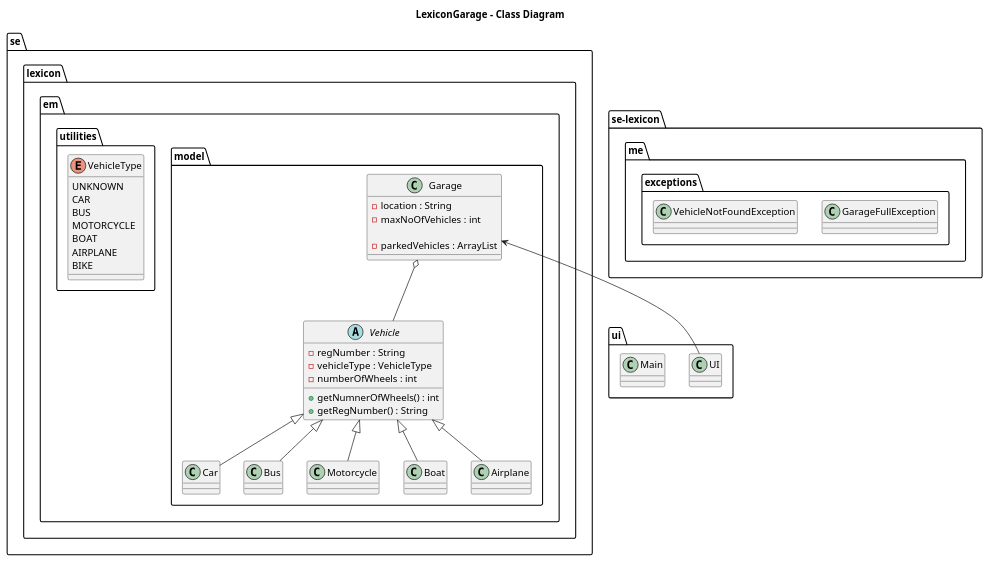
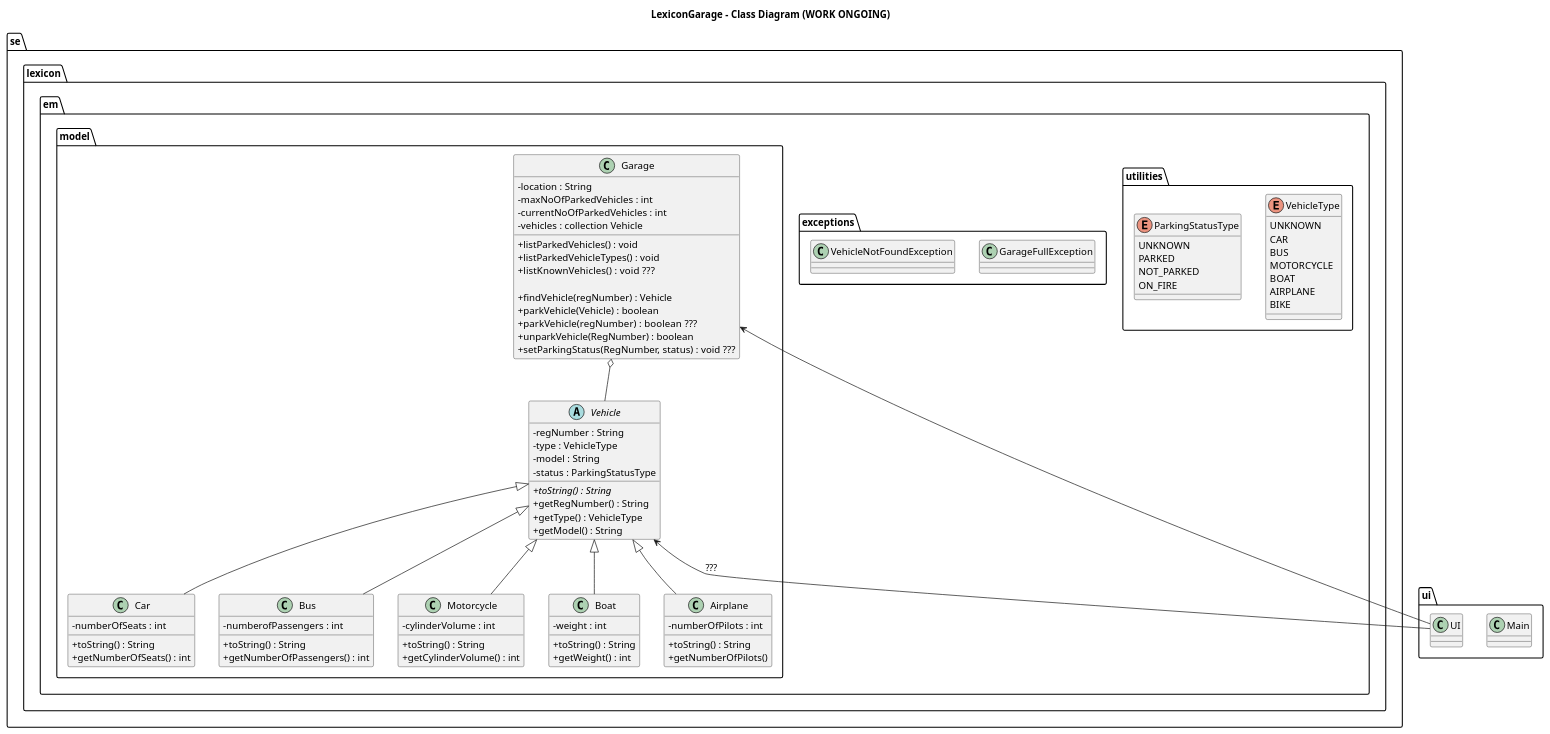
Before and after one commit to wikitrom/lexicon-garage: the diagram in classDiagram.plantuml, drawn with PlantUML.

Commit message:
Update class diagram
This is a work in progess.
Some things are unclear at present time.

```diff
--- a/classDiagram.plantuml
+++ b/classDiagram.plantuml
@@ -1,72 +1,137 @@
 @startuml
 
-title LexiconGarage - Class Diagram
+' settings
+' --------------------------------------------
+skinparam classAttributeIconSize 0
 
-Package ui {
+title LexiconGarage - Class Diagram (WORK ONGOING)
 
-class UI 
-class Main
-}
-' --- end ui
+' define packages/namespaces and/or classes
+' --------------------------------------------
 
-Package se.lexicon.em.model {
-abstract class Vehicle {
-  -regNumber : String
-  -vehicleType : VehicleType
-  -numberOfWheels : int
-
-  +getNumnerOfWheels() : int
-  +getRegNumber() : String
-  
-
-}
-class Car
-class Bus
-class Motorcycle
-class Boat
-class Airplane
-
-
-
-Vehicle <|-- Car
-Vehicle <|-- Bus
-Vehicle <|-- Motorcycle
-Vehicle <|-- Boat
-Vehicle <|-- Airplane
-
-class Garage {
-  -location : String
-  -maxNoOfVehicles : int
-  
-  -parkedVehicles : ArrayList
-  
-  
-}
-
-Garage o-- Vehicle
-
-Garage <-down- UI
-
-} 
-' --- end model
-
-Package se.lexicon.em.utilities {
+namespace se.lexicon.em.utilities {
 enum VehicleType {
   UNKNOWN
   CAR
   BUS
   MOTORCYCLE
   BOAT
   AIRPLANE
   BIKE
-} 
 }
-' --- end utilities
 
-Package se-lexicon.me.exceptions {
+enum ParkingStatusType {
+  UNKNOWN
+  PARKED
+  NOT_PARKED
+  ON_FIRE
+  }
+
+}
+' --- end namespace/package
+
+namespace ui {
+class Main
+class UI
+}
+' --- end namespace/package
+
+namespace se.lexicon.em.exceptions {
 class GarageFullException
 class VehicleNotFoundException
 }
-' -- end eceptions
+' --- end namespace/package
+
+namespace se.lexicon.em.model {
+
+' -- Classes
+class Garage {
+  -location : String
+  -maxNoOfParkedVehicles : int
+  -currentNoOfParkedVehicles : int
+  -vehicles : collection Vehicle
+
+  +listParkedVehicles() : void
+  +listParkedVehicleTypes() : void
+  +listKnownVehicles() : void  ???
+
+  +findVehicle(regNumber) : Vehicle
+  +parkVehicle(Vehicle) : boolean
+  +parkVehicle(regNumber) : boolean  ???
+  +unparkVehicle(RegNumber) : boolean
+  +setParkingStatus(RegNumber, status) : void ???
+
+}
+
+abstract class Vehicle {
+  -regNumber : String
+  -type : VehicleType
+  -model : String
+  -status : ParkingStatusType
+
+  {abstract} +toString() : String
+  +getRegNumber() : String
+  +getType() : VehicleType
+  +getModel() : String
+
+}
+
+class Car {
+  -numberOfSeats : int
+
+  +toString() : String
+  +getNumberOfSeats() : int
+}
+
+class Bus {
+  -numberofPassengers : int
+
+  +toString() : String
+  +getNumberOfPassengers() : int
+}
+
+class Motorcycle {
+  -cylinderVolume : int
+
+  +toString() : String
+  +getCylinderVolume() : int
+}
+
+class Boat {
+  -weight : int
+
+  +toString() : String
+  +getWeight() : int
+}
+
+class Airplane {
+ -numberOfPilots : int
+
+  +toString() : String
+  +getNumberOfPilots()
+}
+
+
+' -- Relations
+
+Vehicle <|-- Car
+Vehicle <|-- Bus
+Vehicle <|-- Motorcycle
+Vehicle <|-- Boat
+Vehicle <|-- Airplane
+
+Garage o-- Vehicle
+
+}
+' --- end namespace/package
+
+
+' define relations between packages/namespaces
+' --------------------------------------------
+
+se.lexicon.em.model.Garage <-down- ui.UI
+se.lexicon.em.model.Vehicle <-down- ui.UI  : ???
+' se.lexicon.em.utilities -- se.lexicon.em.model.Vehicle
+' se.lexicon.em.exceptions -up- se.lexicon.em.model
 
 @enduml
```
